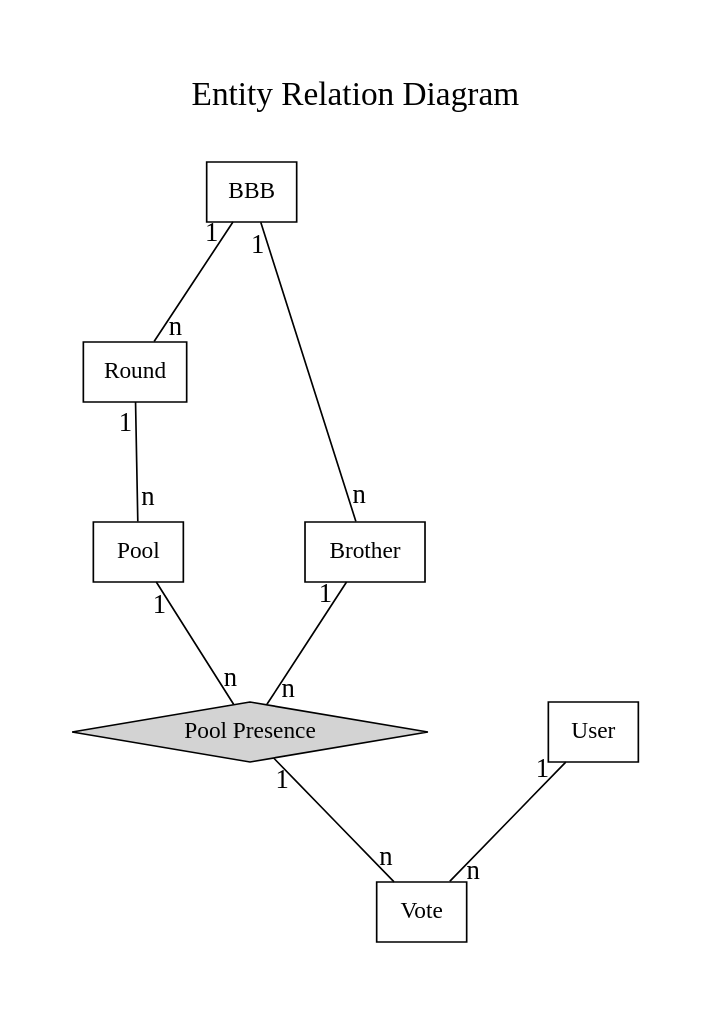
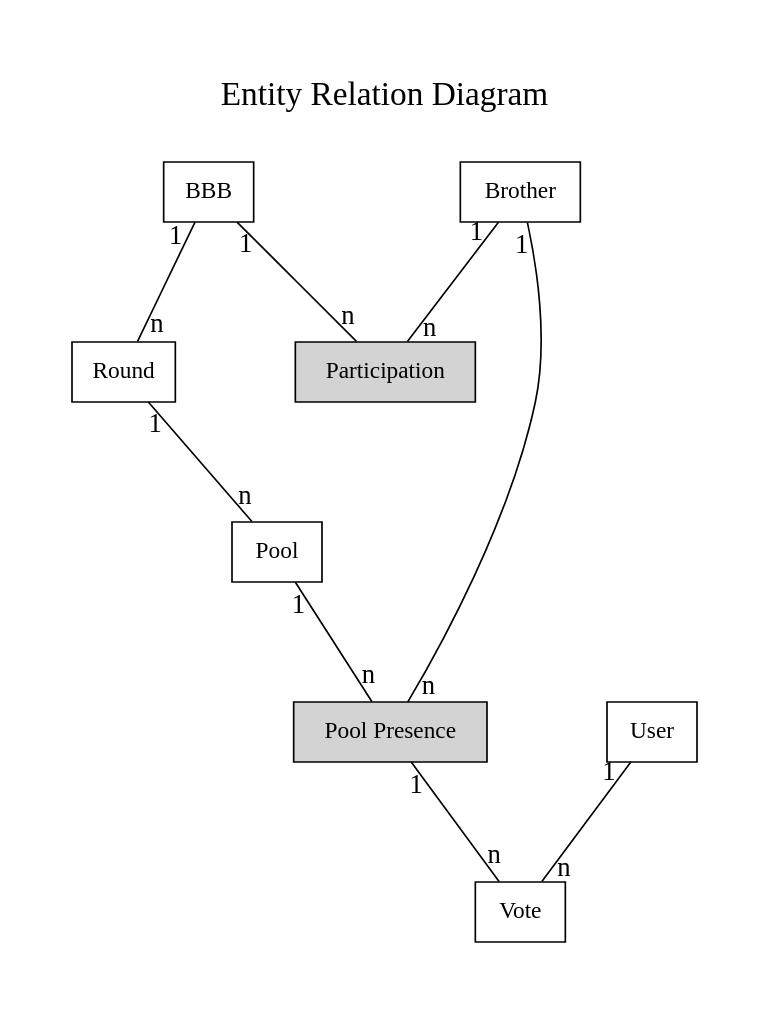
Before and after one commit to PSGlobo/meta: the diagram in ERD.dot, drawn with Graphviz.

Commit message:
Allow Brother to participate in more than one BBB

```diff
--- a/ERD.dot
+++ b/ERD.dot
@@ -1,41 +1,42 @@
 digraph ER {
     // General config
         layout=dot
         nodesep = "1"
         ranksep = "1"
         edge [labelfontsize = 16 labeldistance = 1.5]
 
         label = "Entity Relation Diagram\n\n"
         labelloc=top
         fontsize=20
         pad = 0.5
 
     // Entities
         node [shape=box]
         BBB
         Round
         Pool
         Brother
         User
         Vote
 
     // Relations
-        node [shape=diamond style=filled fillcolor=lightgrey]
+        node [style=filled fillcolor=lightgrey]
         "Pool Presence"
 
         // one to one
             edge [arrowhead = none]
 
         // one to many
             edge [taillabel = "1" headlabel = "n"]
             BBB -> Round
-            BBB -> Brother
+            BBB -> Participation
+            Brother -> Participation
             
             Brother -> "Pool Presence"
             Pool -> "Pool Presence"
 
             "Pool Presence" -> Vote
             
             Round -> Pool
             User -> Vote
 }
```
